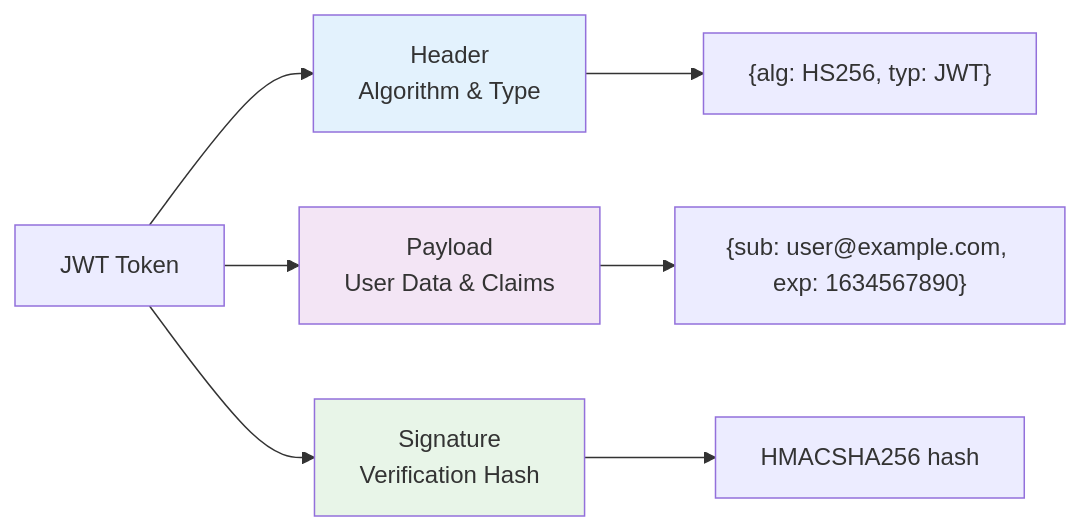
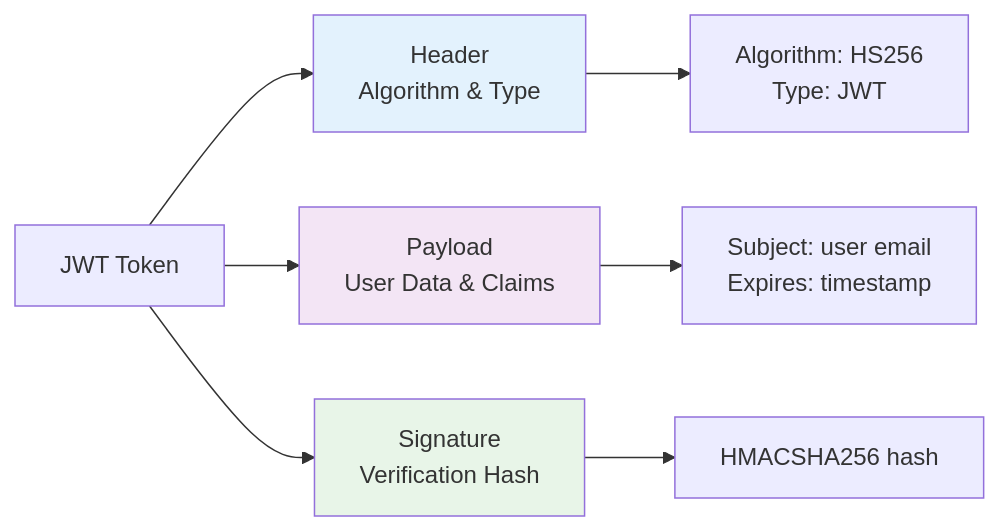
Before and after one commit to sudhan-m/munshi: the third of 7 diagrams in src/auth_service/README.md, drawn with Mermaid.

Commit message:
Fix GitHub Mermaid @ symbol issue in JWT diagram
- Replaced email address with descriptive text to avoid markdown link parsing
- Changed JSON-like content to readable descriptions
- Updated .claude settings to note @ symbol as problematic character
- GitHub treats user@example.com as markdown link, causing render errors

The diagram now uses "Subject: user email" instead of actual email addresses
to prevent GitHub's markdown parser from interfering with Mermaid rendering.

🤖 Generated with [Claude Code](https://claude.ai/code)

````diff
--- a/src/auth_service/README.md
+++ b/src/auth_service/README.md
@@ -149,14 +149,14 @@
 ```mermaid
 graph LR
     JWT["JWT Token"] --> HEADER["Header<br/>Algorithm & Type"]
     JWT --> PAYLOAD["Payload<br/>User Data & Claims"]
     JWT --> SIGNATURE["Signature<br/>Verification Hash"]
     
-    HEADER --> H_DATA["{alg: HS256, typ: JWT}"]
-    PAYLOAD --> P_DATA["{sub: user@example.com, exp: 1634567890}"]
+    HEADER --> H_DATA["Algorithm: HS256<br/>Type: JWT"]
+    PAYLOAD --> P_DATA["Subject: user email<br/>Expires: timestamp"]
     SIGNATURE --> S_DATA["HMACSHA256 hash"]
     
     style HEADER fill:#e3f2fd
     style PAYLOAD fill:#f3e5f5
     style SIGNATURE fill:#e8f5e8
 ```
````
